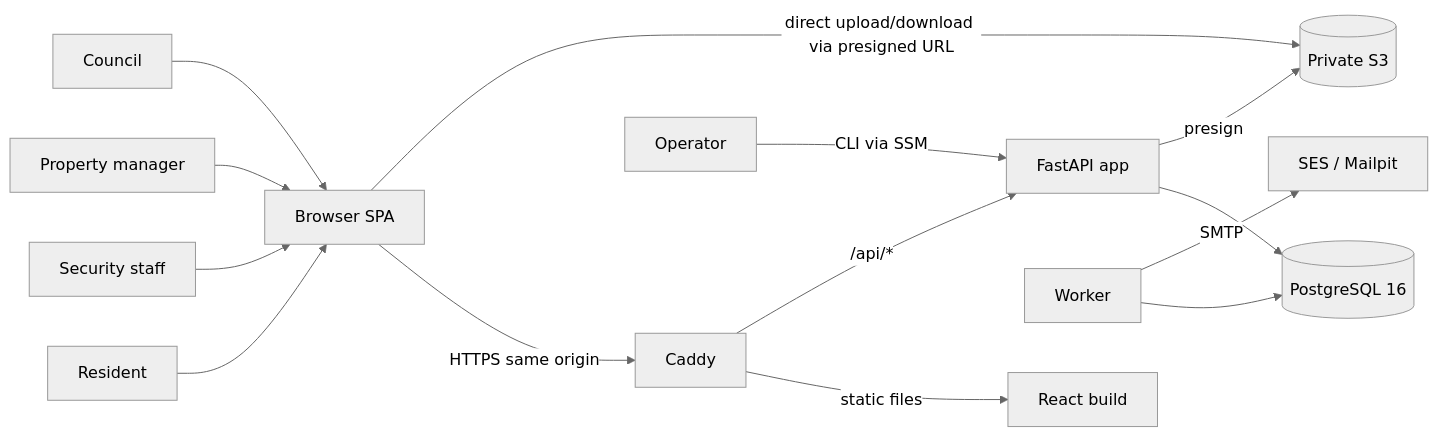
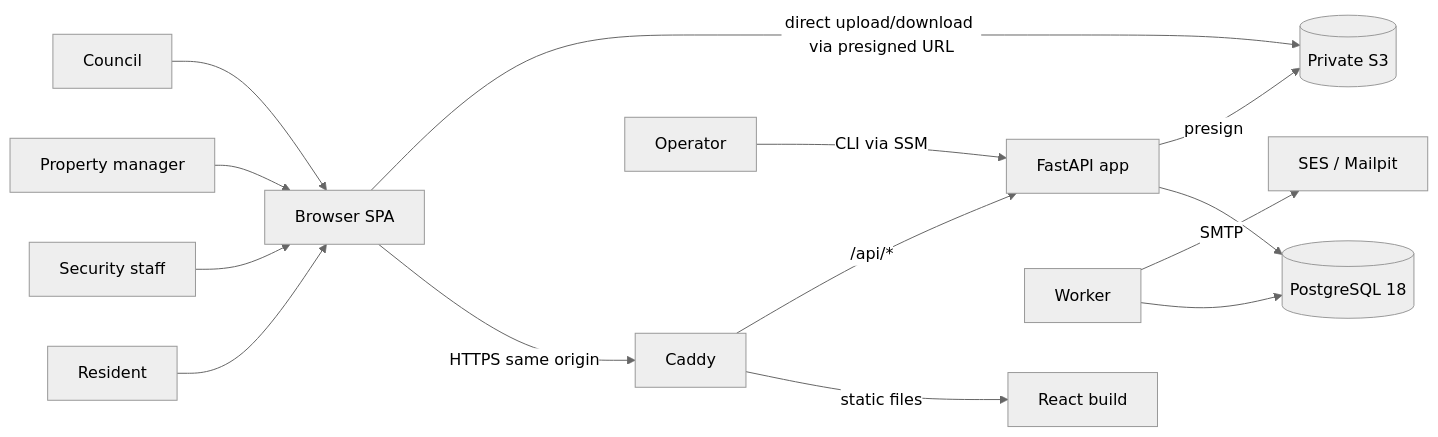
Before and after one commit to JamesSoh2000/Condo-app-revised: the first of 5 diagrams in docs/ARCHITECTURE.md, drawn with Mermaid (neutral theme). The commit also changed other lines of this file and 29 other files, not shown here.

````diff
--- a/docs/ARCHITECTURE.md
+++ b/docs/ARCHITECTURE.md
@@ -9,16 +9,16 @@
 ```mermaid
 flowchart LR
     R[Resident] --> B[Browser SPA]
     S[Security staff] --> B
     M[Property manager] --> B
     C[Council] --> B
     B -->|HTTPS same origin| CAD[Caddy]
     CAD -->|static files| FE[React build]
     CAD -->|/api/*| API[FastAPI app]
-    API --> PG[(PostgreSQL 16)]
+    API --> PG[(PostgreSQL 18)]
     W[Worker] --> PG
     API -->|presign| S3[(Private S3)]
     B -->|direct upload/download via presigned URL| S3
     W -->|SMTP| SES[SES / Mailpit]
     OP[Operator] -->|CLI via SSM| API
 ```
````
